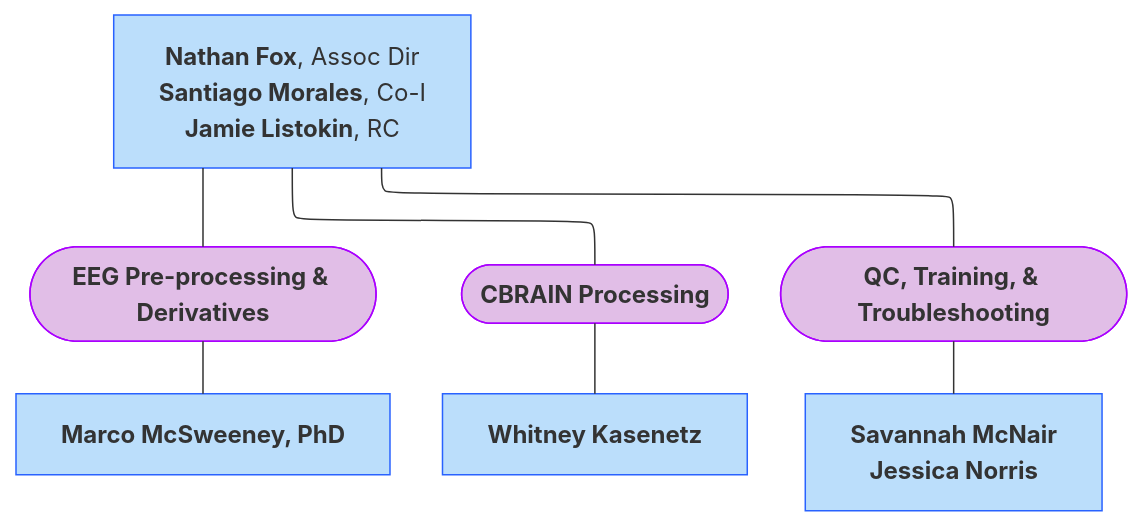
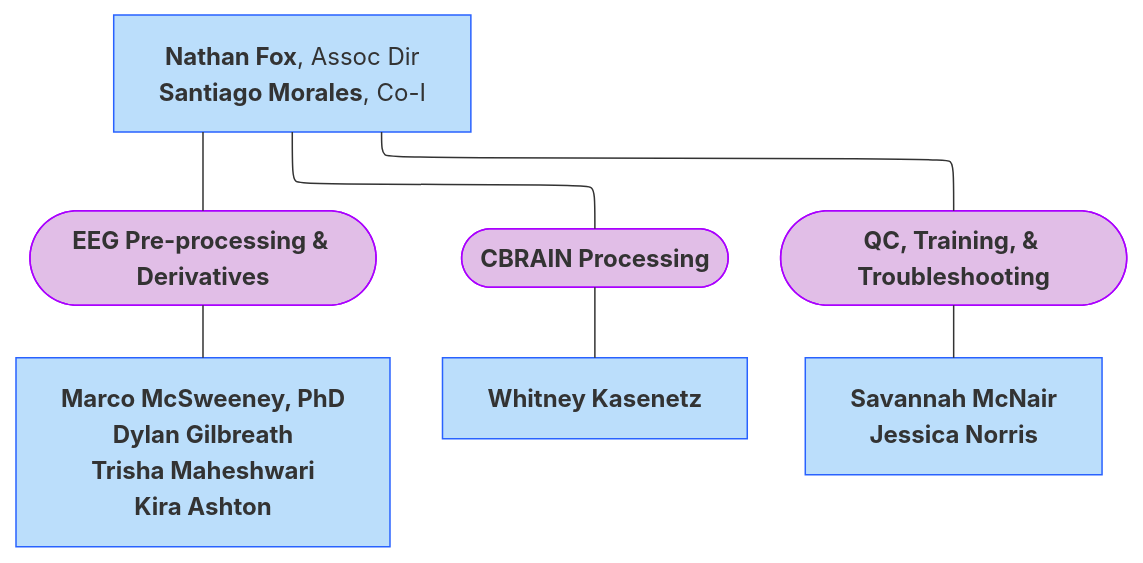
The fifth of 10 diagrams in docs/orgcharts.md (DCAN-Labs/hbcd-docs-internal), drawn with Mermaid before and after one commit.

Commit message:
update UMD

````diff
--- a/docs/orgcharts.md
+++ b/docs/orgcharts.md
@@ -248,18 +248,21 @@
 ```mermaid
 ---
 config:
   layout: elk
 ---
 flowchart TB
-    n17(["<b>EEG Pre-processing &amp; Derivatives</b>"]) --- n19["<b>Marco McSweeney, PhD</b>"]
+    n17(["<b>EEG Pre-processing &amp; Derivatives</b>"]) --- n19["<b>Marco McSweeney, PhD</b>
+    <b>Dylan Gilbreath</b>
+    <b>Trisha Maheshwari</b>
+    <b>Kira Ashton</b>"]
     n18(["<b>CBRAIN Processing</b>"]) --- n20["<b>Whitney Kasenetz</b>"]
     n21(["<b>QC, Training, &amp; Troubleshooting</b>"]) --- n22["<b>Savannah McNair<br>Jessica Norris</b>"]
-    n16["<b>Nathan Fox</b>, Assoc Dir<br><b>Santiago Morales</b>, Co-I<br><b>Jamie Listokin</b>, RC"] --- n21 & n17 & n18
+    n16["<b>Nathan Fox</b>, Assoc Dir<br><b>Santiago Morales</b>, Co-I"] --- n21 & n17 & n18
     style n17 fill:#E1BEE7,stroke:#AA00FF
     style n19 fill:#BBDEFB,stroke:#2962FF
     style n18 fill:#E1BEE7,stroke:#AA00FF
     style n20 fill:#BBDEFB,stroke:#2962FF
     style n21 fill:#E1BEE7,stroke:#AA00FF
     style n22 fill:#BBDEFB,stroke:#2962FF
     style n16 fill:#BBDEFB,stroke:#2962FF
 ```
````
